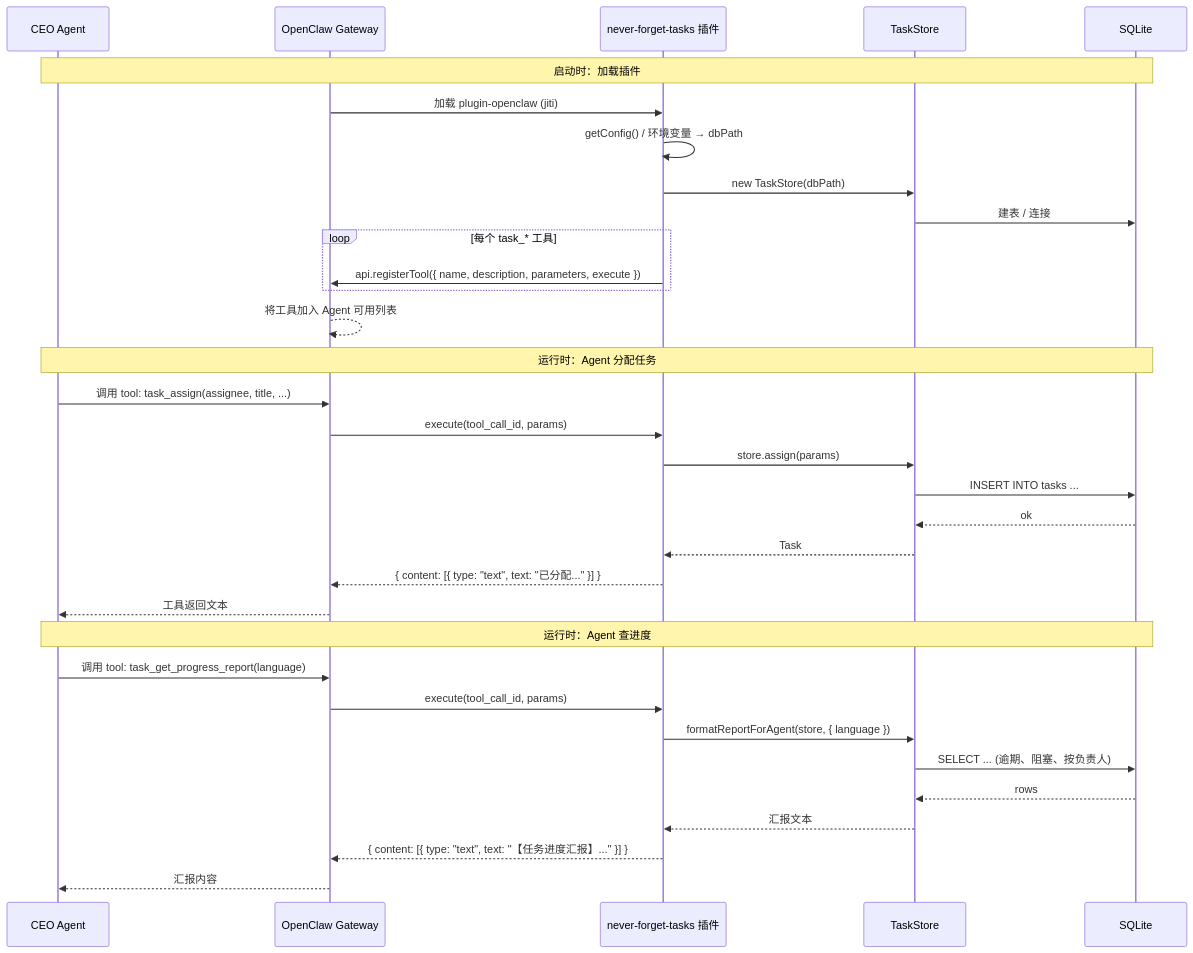
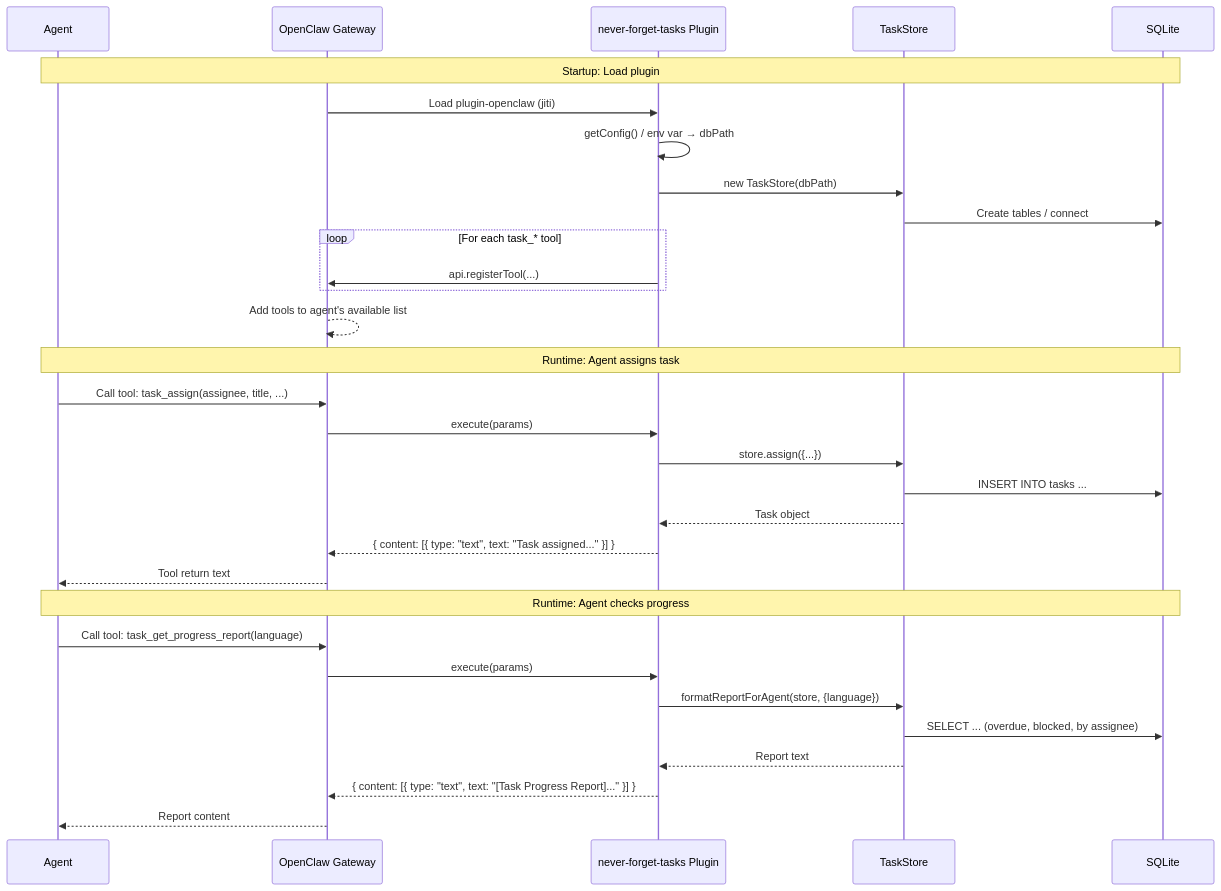
Before and after one commit to miguoliang/openclaw-never-forget-tasks: the second of 4 diagrams in docs/SEQUENCE.md, drawn with Mermaid. The commit also changed other lines of this file and 13 other files, not shown here.

````diff
--- a/docs/SEQUENCE.md
+++ b/docs/SEQUENCE.md
@@ -56,38 +53,36 @@
 ```mermaid
 sequenceDiagram
-    participant Agent as CEO Agent
+    participant Agent
     participant Gateway as OpenClaw Gateway
-    participant Plugin as never-forget-tasks 插件
+    participant Plugin as never-forget-tasks Plugin
     participant Store as TaskStore
     participant DB as SQLite
 
-    Note over Agent,DB: 启动时：加载插件
-    Gateway->>Plugin: 加载 plugin-openclaw (jiti)
-    Plugin->>Plugin: getConfig() / 环境变量 → dbPath
+    Note over Agent,DB: Startup: Load plugin
+    Gateway->>Plugin: Load plugin-openclaw (jiti)
+    Plugin->>Plugin: getConfig() / env var → dbPath
     Plugin->>Store: new TaskStore(dbPath)
-    Store->>DB: 建表 / 连接
-    loop 每个 task_* 工具
-        Plugin->>Gateway: api.registerTool({ name, description, parameters, execute })
+    Store->>DB: Create tables / connect
+    loop For each task_* tool
+        Plugin->>Gateway: api.registerTool(...)
     end
-    Gateway-->>Gateway: 将工具加入 Agent 可用列表
+    Gateway-->>Gateway: Add tools to agent's available list
 
-    Note over Agent,DB: 运行时：Agent 分配任务
-    Agent->>Gateway: 调用 tool: task_assign(assignee, title, ...)
-    Gateway->>Plugin: execute(tool_call_id, params)
-    Plugin->>Store: store.assign(params)
+    Note over Agent,DB: Runtime: Agent assigns task
+    Agent->>Gateway: Call tool: task_assign(assignee, title, ...)
+    Gateway->>Plugin: execute(params)
+    Plugin->>Store: store.assign({...})
     Store->>DB: INSERT INTO tasks ...
-    DB-->>Store: ok
-    Store-->>Plugin: Task
-    Plugin-->>Gateway: { content: [{ type: "text", text: "已分配..." }] }
-    Gateway-->>Agent: 工具返回文本
+    Store-->>Plugin: Task object
+    Plugin-->>Gateway: { content: [{ type: "text", text: "Task assigned..." }] }
+    Gateway-->>Agent: Tool return text
 
-    Note over Agent,DB: 运行时：Agent 查进度
-    Agent->>Gateway: 调用 tool: task_get_progress_report(language)
-    Gateway->>Plugin: execute(tool_call_id, params)
-    Plugin->>Store: formatReportForAgent(store, { language })
-    Store->>DB: SELECT ... (逾期、阻塞、按负责人)
-    DB-->>Store: rows
-    Store-->>Plugin: 汇报文本
-    Plugin-->>Gateway: { content: [{ type: "text", text: "【任务进度汇报】..." }] }
-    Gateway-->>Agent: 汇报内容
+    Note over Agent,DB: Runtime: Agent checks progress
+    Agent->>Gateway: Call tool: task_get_progress_report(language)
+    Gateway->>Plugin: execute(params)
+    Plugin->>Store: formatReportForAgent(store, {language})
+    Store->>DB: SELECT ... (overdue, blocked, by assignee)
+    Store-->>Plugin: Report text
+    Plugin-->>Gateway: { content: [{ type: "text", text: "[Task Progress Report]..." }] }
+    Gateway-->>Agent: Report content
 ```
````
